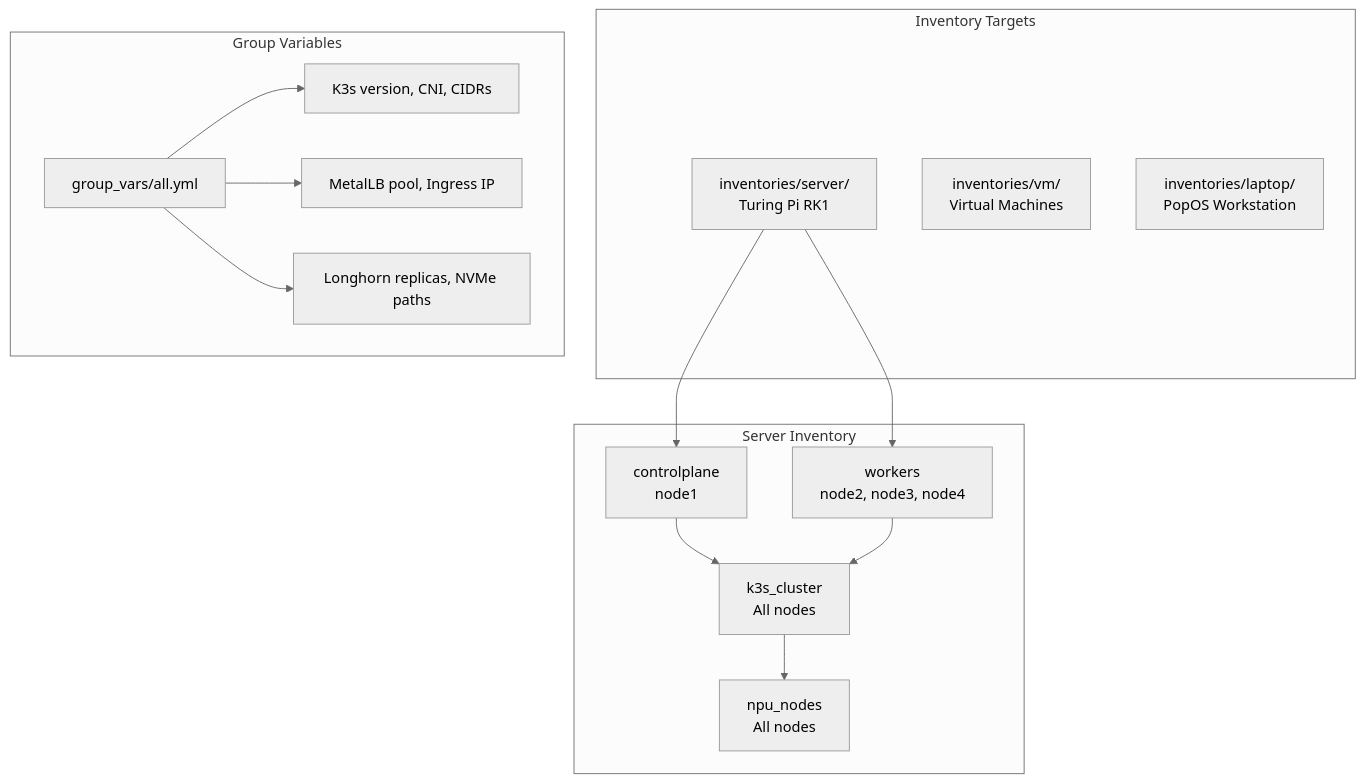
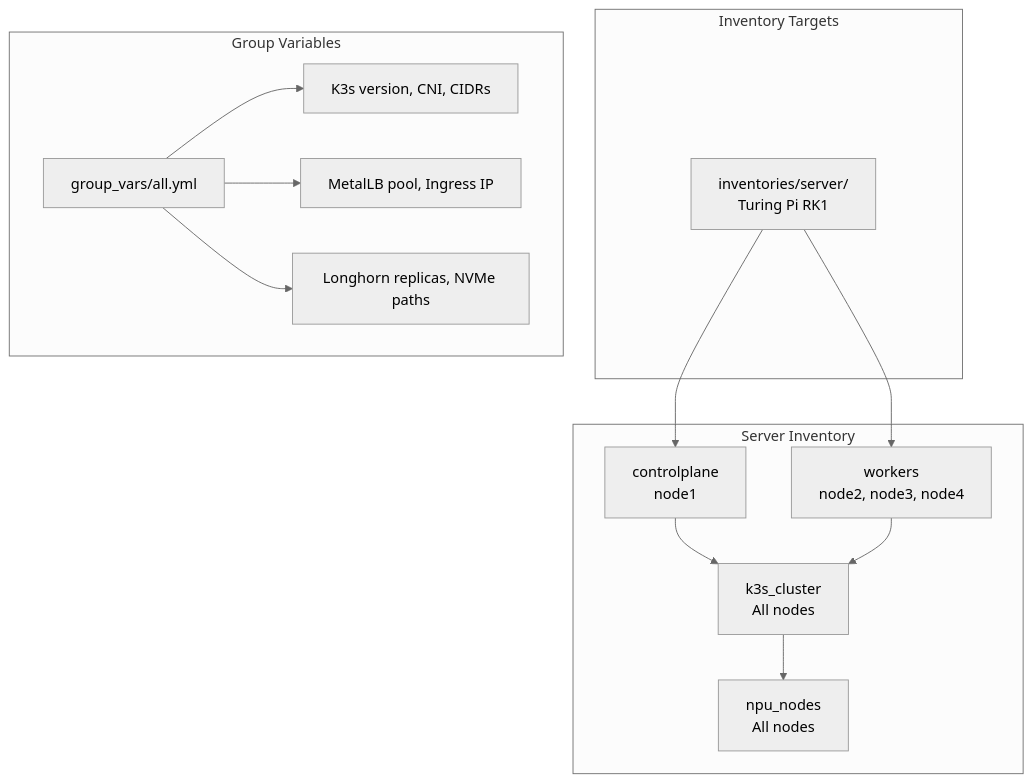
Before and after one commit to freed-dev-llc/turing-ansible-cluster: the eighth of 8 diagrams in docs/ARCHITECTURE.md, drawn with Mermaid. The commit also changed other lines of this file and 4 other files, not shown here.

First line of the commit message:
docs: address license, org, K3s, and architecture drift (#9)

````diff
--- a/docs/ARCHITECTURE.md
+++ b/docs/ARCHITECTURE.md
@@ -470,33 +471,31 @@
 ```mermaid
 %%{init: {'theme': 'neutral'}}%%
 graph TB
     subgraph "Inventory Targets"
         Server[inventories/server/<br/>Turing Pi RK1]
-        VM[inventories/vm/<br/>Virtual Machines]
-        Laptop[inventories/laptop/<br/>PopOS Workstation]
     end
 
     subgraph "Server Inventory"
         ControlPlane[controlplane<br/>node1]
         Workers[workers<br/>node2, node3, node4]
         K3sCluster[k3s_cluster<br/>All nodes]
         NPUNodes[npu_nodes<br/>All nodes]
     end
 
     subgraph "Group Variables"
         AllVars[group_vars/all.yml]
         K3sVars[K3s version, CNI, CIDRs]
         NetworkVars[MetalLB pool, Ingress IP]
         StorageVars[Longhorn replicas, NVMe paths]
     end
 
     Server --> ControlPlane
     Server --> Workers
     ControlPlane --> K3sCluster
     Workers --> K3sCluster
     K3sCluster --> NPUNodes
 
     AllVars --> K3sVars
     AllVars --> NetworkVars
     AllVars --> StorageVars
 ```
````
